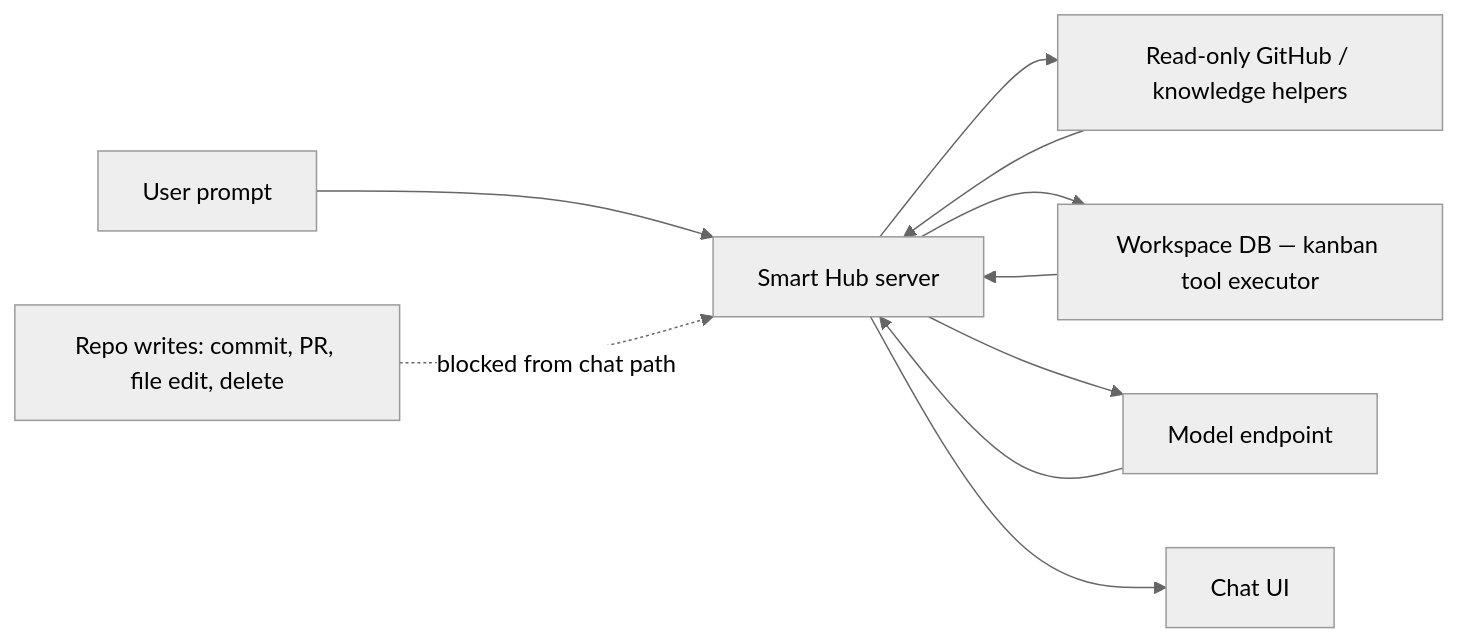
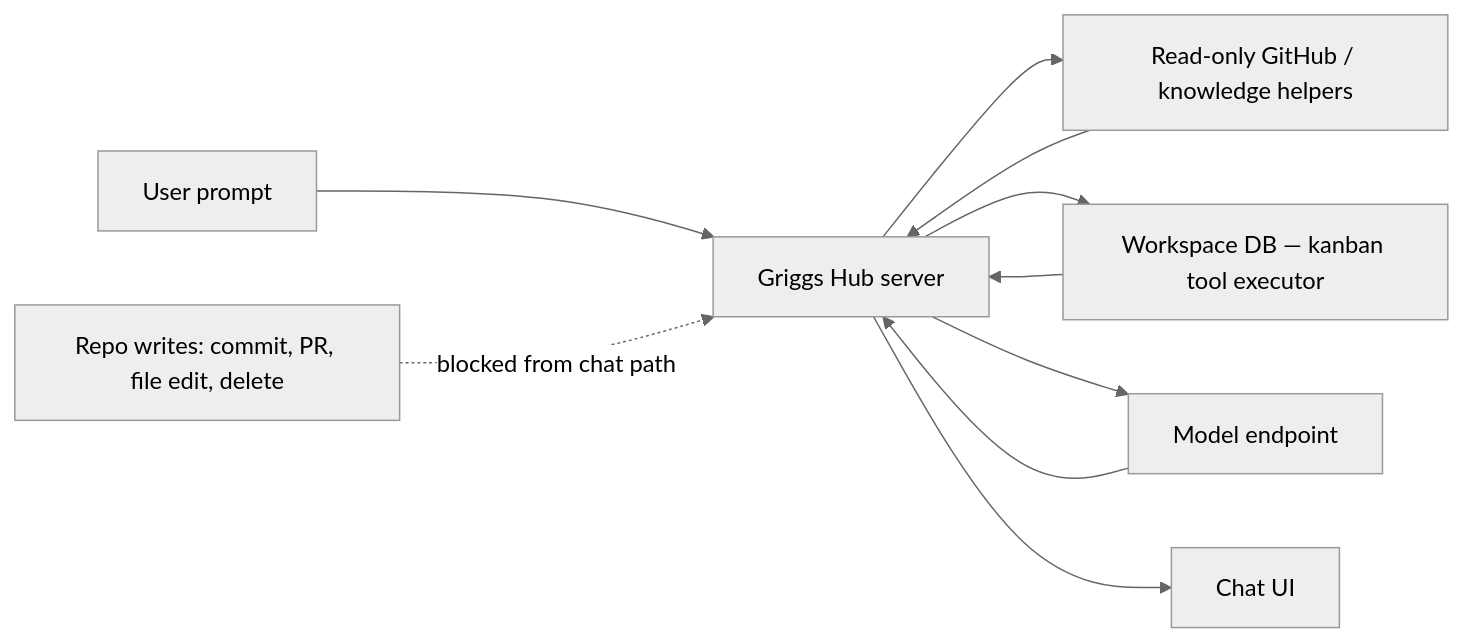
The fifth of 5 diagrams in docs/agent-chat.md (griggs-capital-partners/hub), drawn with Mermaid (neutral theme) before and after one commit. The commit also changed other lines of this file and 86 other files, not shown here.

````diff
--- a/docs/agent-chat.md
+++ b/docs/agent-chat.md
@@ -313,13 +313,13 @@
 ```mermaid
 flowchart LR
-    A["User prompt"] --> B["Smart Hub server"]
+    A["User prompt"] --> B["Griggs Hub server"]
     B --> C["Read-only GitHub / knowledge helpers"]
     B --> D["Workspace DB — kanban tool executor"]
     B --> E["Model endpoint"]
     C --> B
     D --> B
     E --> B
     B --> F["Chat UI"]
 
     X["Repo writes: commit, PR, file edit, delete"] -. blocked from chat path .-> B
 ```
````
